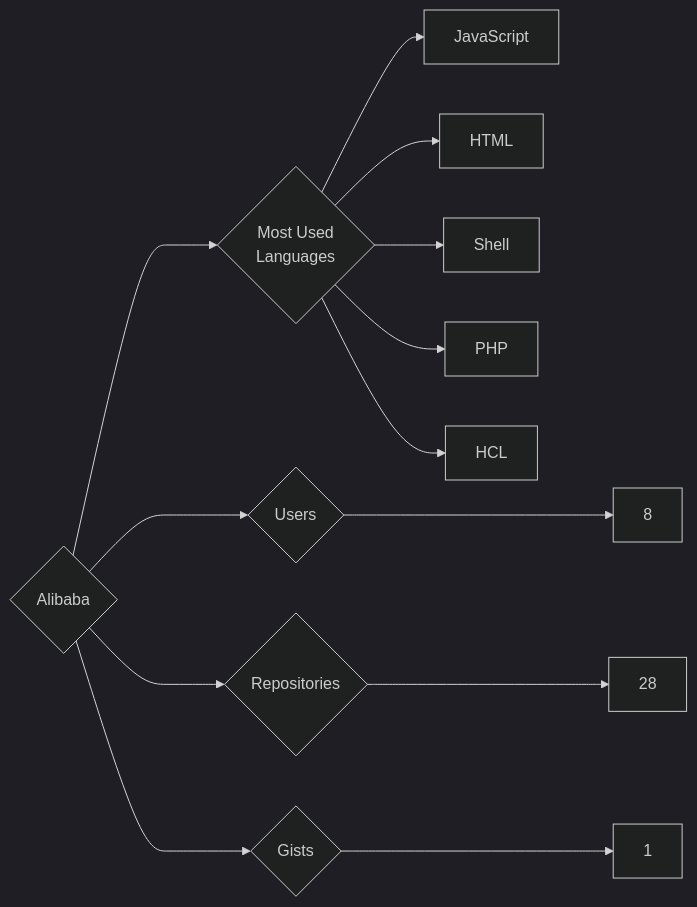
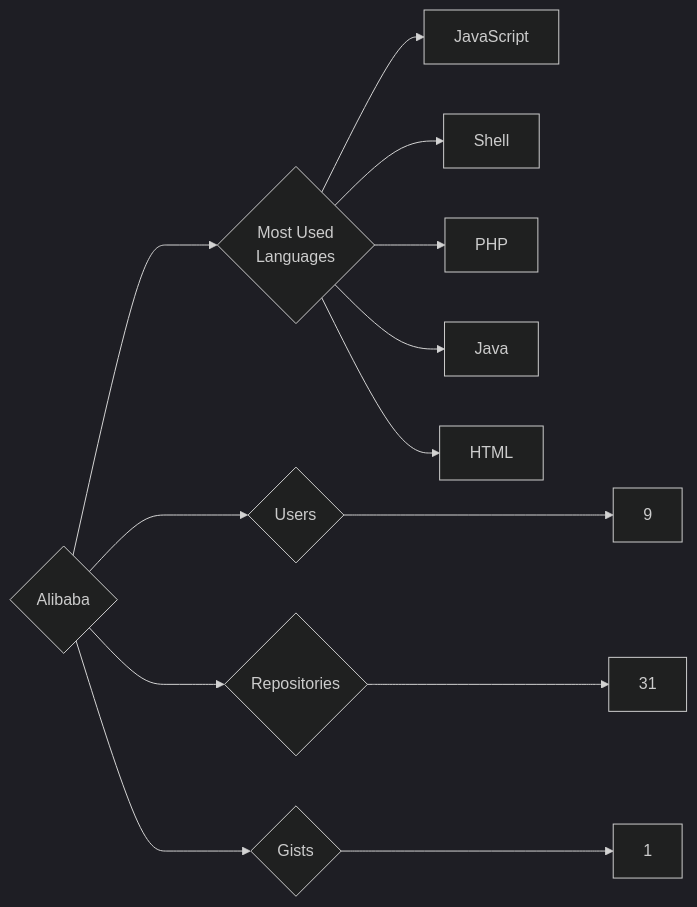
Before and after one commit to trickest/insiders: the diagram in targets/Alibaba/README.md, drawn with Mermaid (dark theme). The commit also changed 1007 other files, not shown here.

````diff
--- a/targets/Alibaba/README.md
+++ b/targets/Alibaba/README.md
@@ -3,13 +3,13 @@
 ```mermaid
 graph LR
 COMPANY_NAME{Alibaba}
-COMPANY_NAME ---> U{Users} ---> UN[8]
-COMPANY_NAME ---> R{Repositories} ---> RN[28]
+COMPANY_NAME ---> U{Users} ---> UN[9]
+COMPANY_NAME ---> R{Repositories} ---> RN[31]
 COMPANY_NAME ---> G{Gists} ---> GN[1]
 COMPANY_NAME ---> ML{Most Used<br>Languages}
 ML --> JavaScript[JavaScript]
-ML --> HTML[HTML]
 ML --> Shell[Shell]
 ML --> PHP[PHP]
-ML --> HCL[HCL]
+ML --> Java[Java]
+ML --> HTML[HTML]
 ```
````
